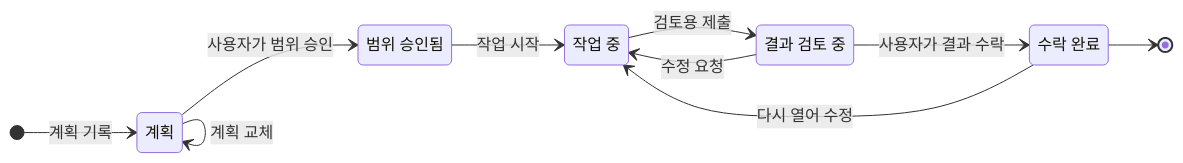
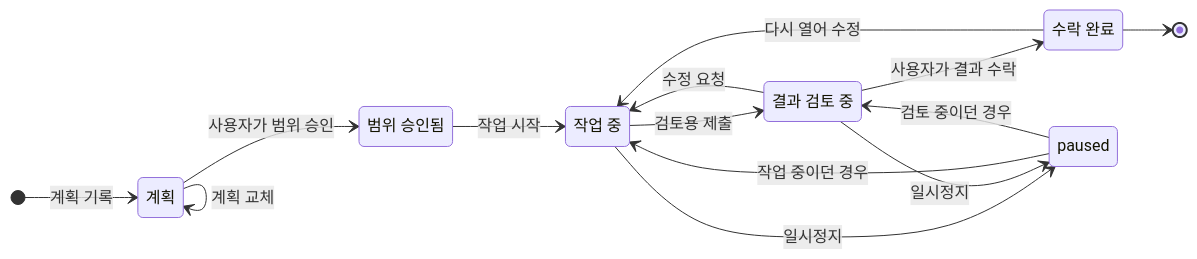
One commit to kyungseo/colvia changed the sixth of 13 diagrams in manual/ko/architecture.md. Above: the diagram before and after it, drawn with Mermaid. The commit also changed other lines of this file and 36 other files, not shown here.

````diff
--- a/manual/ko/architecture.md
+++ b/manual/ko/architecture.md
@@ -266,19 +266,23 @@
 ```mermaid
 stateDiagram-v2
     direction LR
     state "계획" as planned
     state "범위 승인됨" as approved
     state "작업 중" as active
     state "결과 검토 중" as review
     state "수락 완료" as completed
 
     [*] --> planned: 계획 기록
     planned --> planned: 계획 교체
     planned --> approved: 사용자가 범위 승인
     approved --> active: 작업 시작
     active --> review: 검토용 제출
     review --> completed: 사용자가 결과 수락
     review --> active: 수정 요청
     completed --> active: 다시 열어 수정
+    active --> paused: 일시정지
+    review --> paused: 일시정지
+    paused --> active: 작업 중이던 경우
+    paused --> review: 검토 중이던 경우
     completed --> [*]
 ```
````
